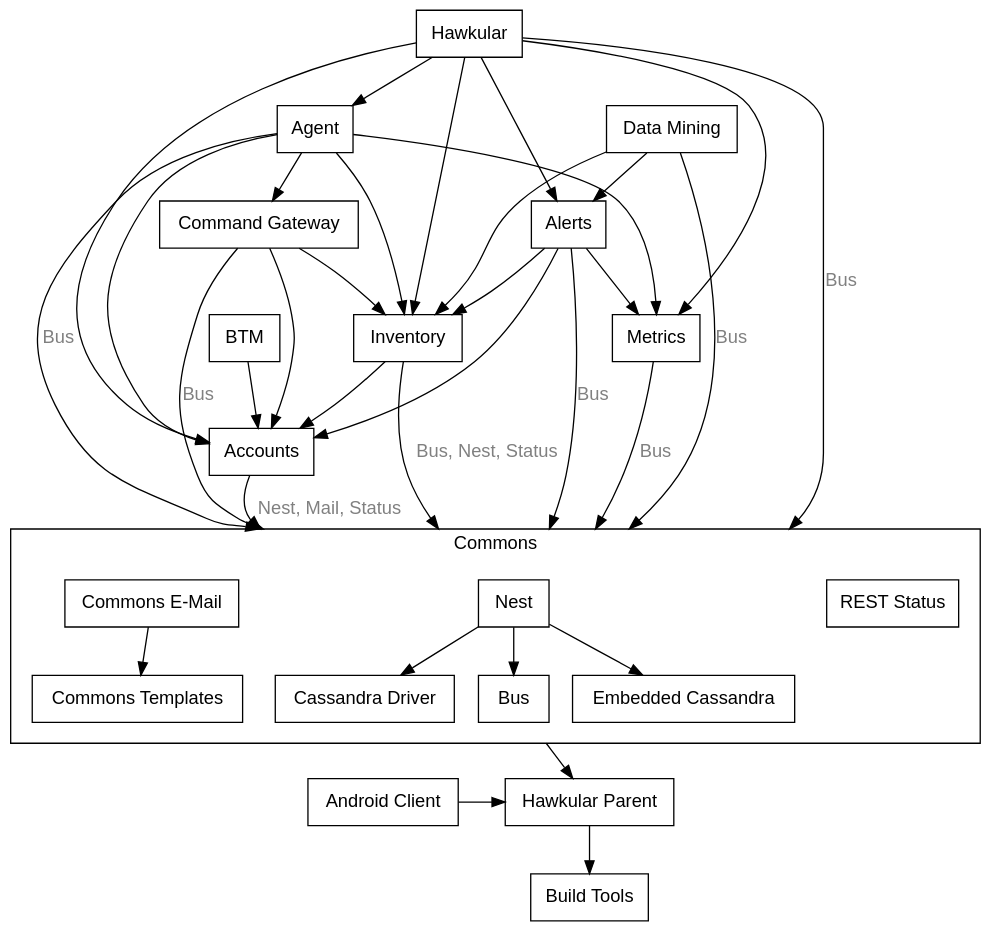
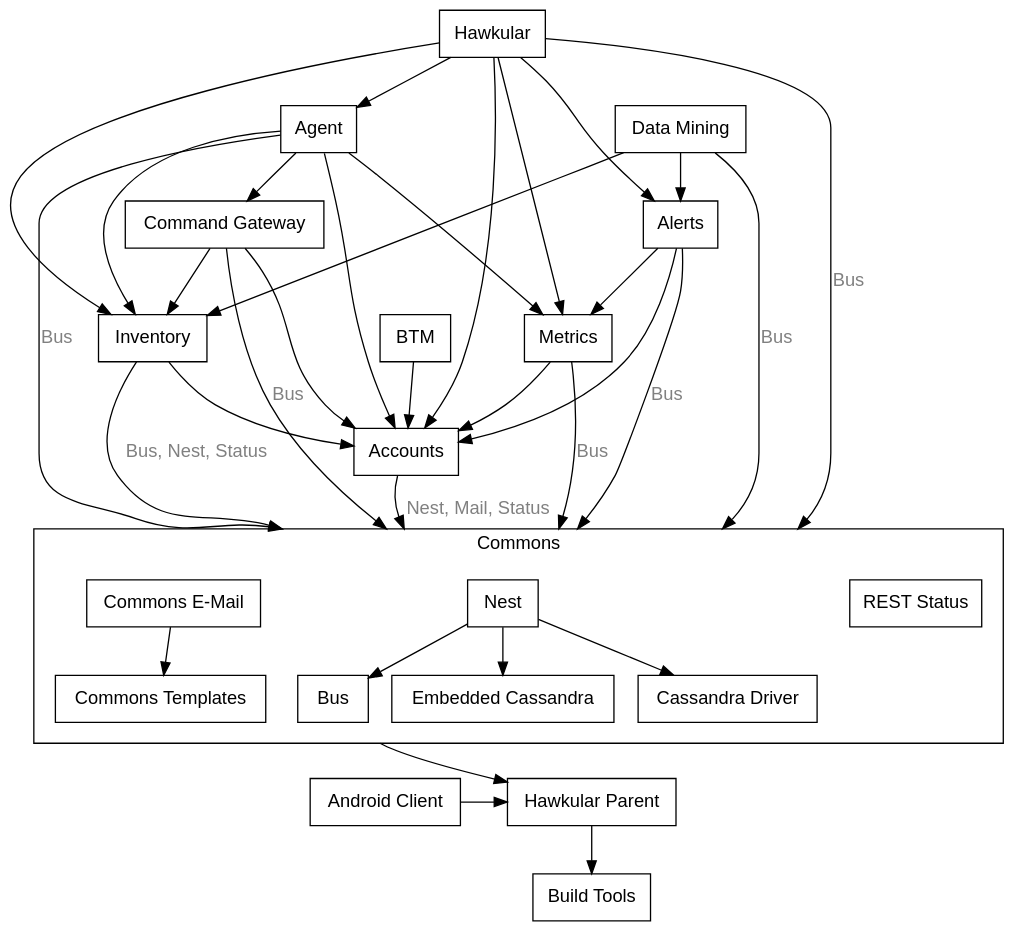
One commit to hawkular/hawkular.github.io changed the diagram in src/main/manually-generated/assets/img/docs/dev/components-dependencies.dot. Above: the diagram before and after it, drawn with Graphviz. The commit also changed 1 other file, not shown here.

Commit message:
Alerts do not depend on Inventory anymore, Metrics depend on Accounts

```diff
--- a/src/main/manually-generated/assets/img/docs/dev/components-dependencies.dot
+++ b/src/main/manually-generated/assets/img/docs/dev/components-dependencies.dot
@@ -1,112 +1,112 @@
 // Hawkular Component Dependencies
 // build with
 // cd src/main
 // dot -Tsvg manually-generated/assets/img/docs/dev/components-dependencies.dot -o jbake/assets/img/docs/dev/components-dependencies.svg
 
 digraph {
     compound=true
     newrank=true
     graph [bgcolor="transparent" fontname="helvetica"]
     node [fontname = "helvetica" shape=box]
     edge [fontname = "helvetica"]
 
     "Hawkular"
     "Accounts"
     "Agent"
     "Alerts"
     "BTM"
     "Build Tools"
     "Command Gateway"
 
     // commons
 
     "Inventory"
     "Metrics"
     "Hawkular Parent"
     "Android Client"
     "Data Mining"
 
     // parent
     "Hawkular Parent" -> "Build Tools"
 
     subgraph cluster_commons {
         label="Commons"
 
         subgraph cluster_status {
             label=""
             style="invis"
             "REST Status"
         }
 
         subgraph cluster_nest {
             label=""
             style="invis"
             "Nest" -> { "Bus" "Embedded Cassandra" "Cassandra Driver" }
         }
 
         subgraph cluster_email {
             label=""
             style="invis"
             "Commons E-Mail" -> "Commons Templates"
         }
     }
     "Bus" -> "Hawkular Parent" [ltail=cluster_commons]
     { "Cassandra Driver" "Embedded Cassandra" "REST Status" } -> "Hawkular Parent" [style="invis"] // invisible edges for better layout
 
     // all components depend on parent
     "Android Client" -> "Hawkular Parent"
 
     // Hawkular direct deps
     "Hawkular" -> "Accounts"
     "Hawkular" -> "Agent"
     "Hawkular" -> "Alerts"
     "Hawkular" -> "Nest" [lhead=cluster_commons label="Bus" fontcolor="grey"]
     "Hawkular" -> "Inventory"
     "Hawkular" -> "Metrics"
 
     // Accounts direct deps
     "Accounts" -> "Nest" [lhead=cluster_commons label="Nest, Mail, Status" fontcolor="grey"]
     "Accounts" -> { "Commons E-Mail" "REST Status" } [style="invis"] // invisible edges for better layout
 
     // agent direct deps
     "Agent" -> "Command Gateway"
     "Agent" -> "Nest" [lhead=cluster_commons label="Bus" fontcolor="grey"]
     "Agent" -> "Inventory"
     "Agent" -> "Metrics"
     "Agent" -> "Accounts"
 
     // alerts direct deps
     "Alerts" -> "Accounts"
     "Alerts" -> "Metrics"
-    "Alerts" -> "Inventory"
     "Alerts" -> "Nest" [lhead=cluster_commons label="Bus" fontcolor="grey"]
 
     // btm direct deps
     "BTM" -> "Accounts"
 
     // command-gateway direct deps
     "Command Gateway" -> "Accounts"
     "Command Gateway" -> "Nest" [lhead=cluster_commons label="Bus" fontcolor="grey"]
     "Command Gateway" -> "Inventory"
 
     // datamining direct deps
     "Data Mining" -> "Inventory"
     "Data Mining" -> "Alerts"
     "Data Mining" -> "Nest" [lhead=cluster_commons label="Bus" fontcolor="grey"]
 
     // inventory direct deps
     "Inventory" -> "Accounts"
     "Inventory" -> "Nest" [lhead=cluster_commons label="Bus, Nest, Status" fontcolor="grey"]
 
     // metrics
     "Metrics" -> "Nest" [lhead=cluster_commons label="Bus" fontcolor="grey"]
+    "Metrics" -> "Accounts"
 
     // layout
     { rank=same "Build Tools" }
     { rank=same "Hawkular Parent" "Android Client" }
     { rank=same "Bus" "Embedded Cassandra" "Cassandra Driver" "Commons Templates" }
     { rank=same "Nest" "REST Status" "Commons E-Mail" }
     { rank=same "Accounts" }
 
 
 }
```
